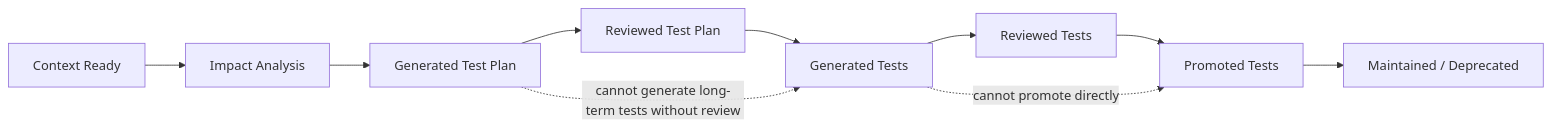
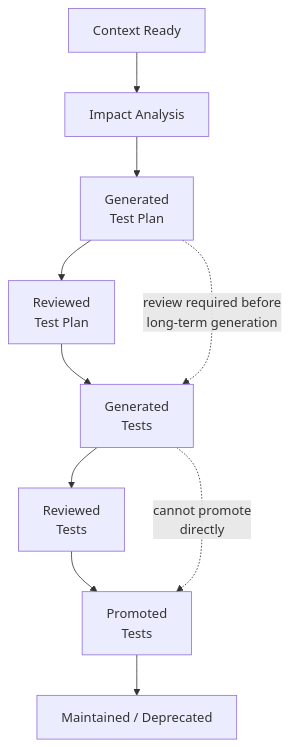
The fourth of 4 diagrams in README.md (Qin-BL/quality-platform), drawn with Mermaid before and after one commit. The commit also changed other lines of this file and 2 other files, not shown here.

Commit message:
Improve diagram readability

```diff
--- a/README.md
+++ b/README.md
@@ -122,12 +122,12 @@
 ::: mermaid
-graph LR
+graph TD
     A["Context Ready"] --> B["Impact Analysis"]
-    B --> C["Generated Test Plan"]
-    C --> D["Reviewed Test Plan"]
-    D --> E["Generated Tests"]
-    E --> F["Reviewed Tests"]
-    F --> G["Promoted Tests"]
+    B --> C["Generated<br/>Test Plan"]
+    C --> D["Reviewed<br/>Test Plan"]
+    D --> E["Generated<br/>Tests"]
+    E --> F["Reviewed<br/>Tests"]
+    F --> G["Promoted<br/>Tests"]
     G --> H["Maintained / Deprecated"]
-    C -. "cannot generate long-term tests without review" .-> E
-    E -. "cannot promote directly" .-> G
+    C -. "review required before<br/>long-term generation" .-> E
+    E -. "cannot promote<br/>directly" .-> G
 :::
```
